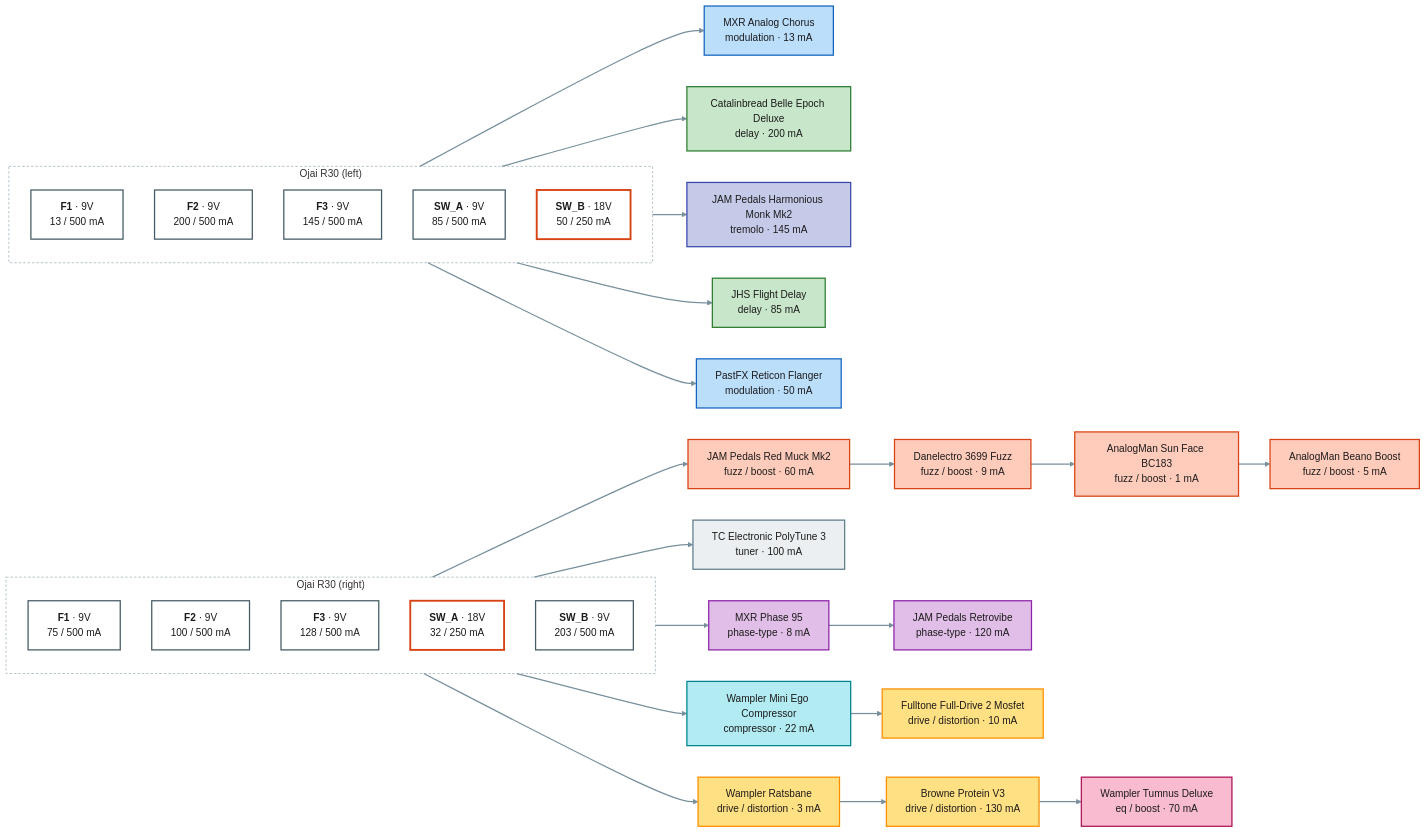
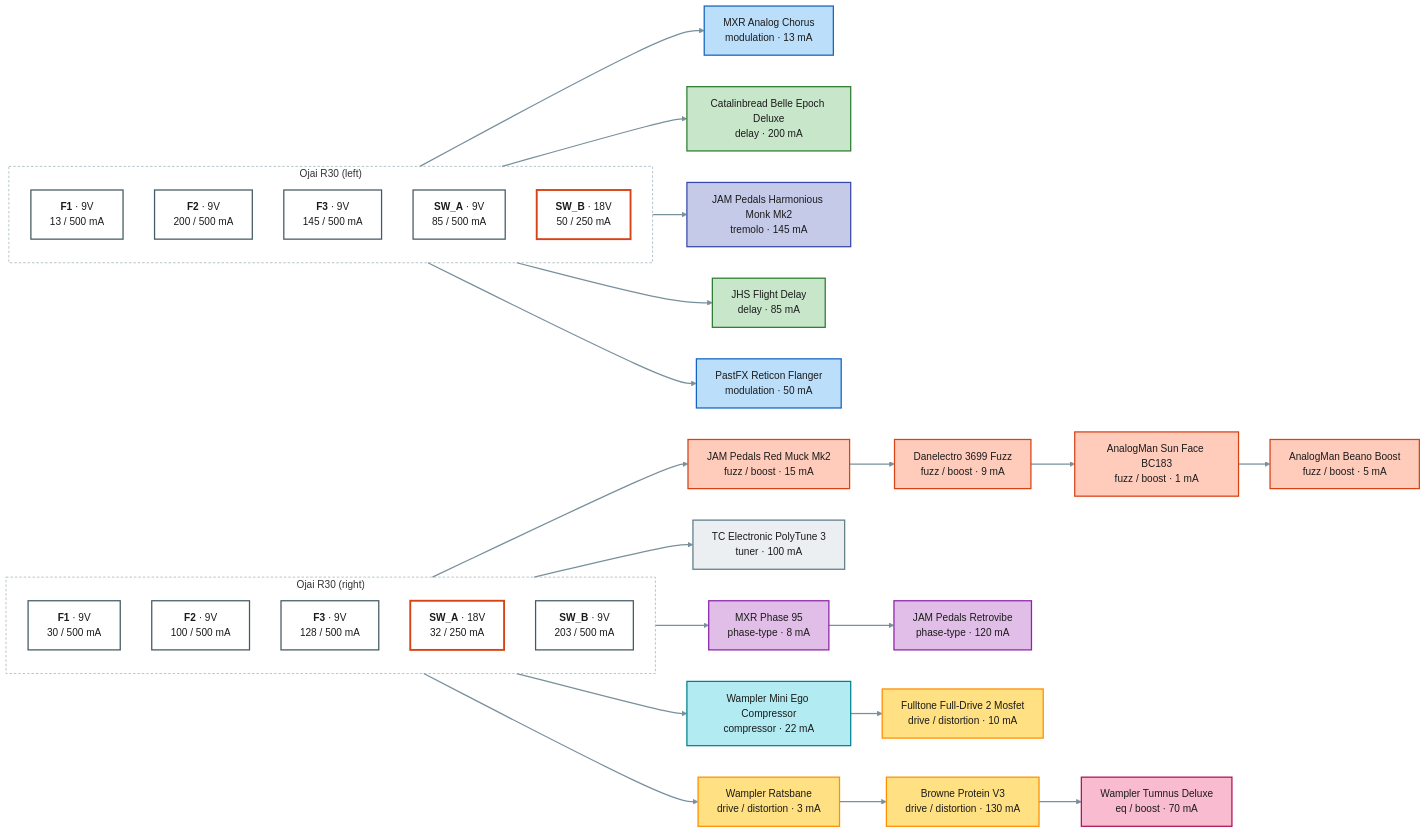
The diagram in projects/guitar-gig/power.mmd (pedroacvieira/pedalboard), drawn with Mermaid before and after one commit. The commit also changed 8 other files, not shown here.

```diff
--- a/projects/guitar-gig/power.mmd
+++ b/projects/guitar-gig/power.mmd
@@ -1,66 +1,66 @@
 flowchart LR
     subgraph psu1["Ojai R30 (left)"]
         direction TB
         psu1_F1["<b>F1</b> · 9V<br/>13 / 500 mA"]:::out9
         psu1_F2["<b>F2</b> · 9V<br/>200 / 500 mA"]:::out9
         psu1_F3["<b>F3</b> · 9V<br/>145 / 500 mA"]:::out9
         psu1_SW_A["<b>SW_A</b> · 9V<br/>85 / 500 mA"]:::out9
         psu1_SW_B["<b>SW_B</b> · 18V<br/>50 / 250 mA"]:::out18
     end
     subgraph psu2["Ojai R30 (right)"]
         direction TB
-        psu2_F1["<b>F1</b> · 9V<br/>75 / 500 mA"]:::out9
+        psu2_F1["<b>F1</b> · 9V<br/>30 / 500 mA"]:::out9
         psu2_F2["<b>F2</b> · 9V<br/>100 / 500 mA"]:::out9
         psu2_F3["<b>F3</b> · 9V<br/>128 / 500 mA"]:::out9
         psu2_SW_A["<b>SW_A</b> · 18V<br/>32 / 250 mA"]:::out18
         psu2_SW_B["<b>SW_B</b> · 9V<br/>203 / 500 mA"]:::out9
     end
     analog_chorus["MXR Analog Chorus<br/>modulation · 13 mA"]:::c_modulation
     belle_epoch["Catalinbread Belle Epoch Deluxe<br/>delay · 200 mA"]:::c_delay
     monk["JAM Pedals Harmonious Monk Mk2<br/>tremolo · 145 mA"]:::c_tremolo
     flight_delay["JHS Flight Delay<br/>delay · 85 mA"]:::c_delay
     reticon["PastFX Reticon Flanger<br/>modulation · 50 mA"]:::c_modulation
-    red_muck["JAM Pedals Red Muck Mk2<br/>fuzz / boost · 60 mA"]:::c_fuzz___boost
+    red_muck["JAM Pedals Red Muck Mk2<br/>fuzz / boost · 15 mA"]:::c_fuzz___boost
     danelectro_3699["Danelectro 3699 Fuzz<br/>fuzz / boost · 9 mA"]:::c_fuzz___boost
     sun_face["AnalogMan Sun Face BC183<br/>fuzz / boost · 1 mA"]:::c_fuzz___boost
     beano["AnalogMan Beano Boost<br/>fuzz / boost · 5 mA"]:::c_fuzz___boost
     polytune_3["TC Electronic PolyTune 3<br/>tuner · 100 mA"]:::c_tuner
     phase_95["MXR Phase 95<br/>phase-type · 8 mA"]:::c_phase_type
     retrovibe["JAM Pedals Retrovibe<br/>phase-type · 120 mA"]:::c_phase_type
     mini_ego["Wampler Mini Ego Compressor<br/>compressor · 22 mA"]:::c_compressor
     fulldrive_2["Fulltone Full-Drive 2 Mosfet<br/>drive / distortion · 10 mA"]:::c_drive___distortion
     ratsbane["Wampler Ratsbane<br/>drive / distortion · 3 mA"]:::c_drive___distortion
     protein["Browne Protein V3<br/>drive / distortion · 130 mA"]:::c_drive___distortion
     tumnus_deluxe["Wampler Tumnus Deluxe<br/>eq / boost · 70 mA"]:::c_eq___boost
     psu1_F1 --> analog_chorus
     psu1_F2 --> belle_epoch
     psu1_F3 --> monk
     psu1_SW_A --> flight_delay
     psu1_SW_B --> reticon
     psu2_F1 --> red_muck
     red_muck --> danelectro_3699
     danelectro_3699 --> sun_face
     sun_face --> beano
     psu2_F2 --> polytune_3
     psu2_F3 --> phase_95
     phase_95 --> retrovibe
     psu2_SW_A --> mini_ego
     mini_ego --> fulldrive_2
     psu2_SW_B --> ratsbane
     ratsbane --> protein
     protein --> tumnus_deluxe
     classDef out9 fill:#ffffff,stroke:#455a64,stroke-width:2px,color:#1b1b1b
     classDef out18 fill:#ffffff,stroke:#d84315,stroke-width:3px,color:#1b1b1b
     classDef spare fill:#fafafa,stroke:#9e9e9e,stroke-dasharray:4 3,color:#757575
     classDef c_tuner fill:#eceff1,stroke:#607d8b,stroke-width:2px,color:#1b1b1b
     classDef c_compressor fill:#b2ebf2,stroke:#00838f,stroke-width:2px,color:#1b1b1b
     classDef c_fuzz___boost fill:#ffccbc,stroke:#d84315,stroke-width:2px,color:#1b1b1b
     classDef c_drive___distortion fill:#ffe082,stroke:#ff8f00,stroke-width:2px,color:#1b1b1b
     classDef c_phase_type fill:#e1bee7,stroke:#8e24aa,stroke-width:2px,color:#1b1b1b
     classDef c_modulation fill:#bbdefb,stroke:#1565c0,stroke-width:2px,color:#1b1b1b
     classDef c_tremolo fill:#c5cae9,stroke:#3949ab,stroke-width:2px,color:#1b1b1b
     classDef c_delay fill:#c8e6c9,stroke:#2e7d32,stroke-width:2px,color:#1b1b1b
     classDef c_eq___boost fill:#f8bbd0,stroke:#ad1457,stroke-width:2px,color:#1b1b1b
     style psu1 fill:none,stroke:#90a4ae,stroke-dasharray:4 3
     style psu2 fill:none,stroke:#90a4ae,stroke-dasharray:4 3
     linkStyle default stroke:#78909c,stroke-width:2px
```
